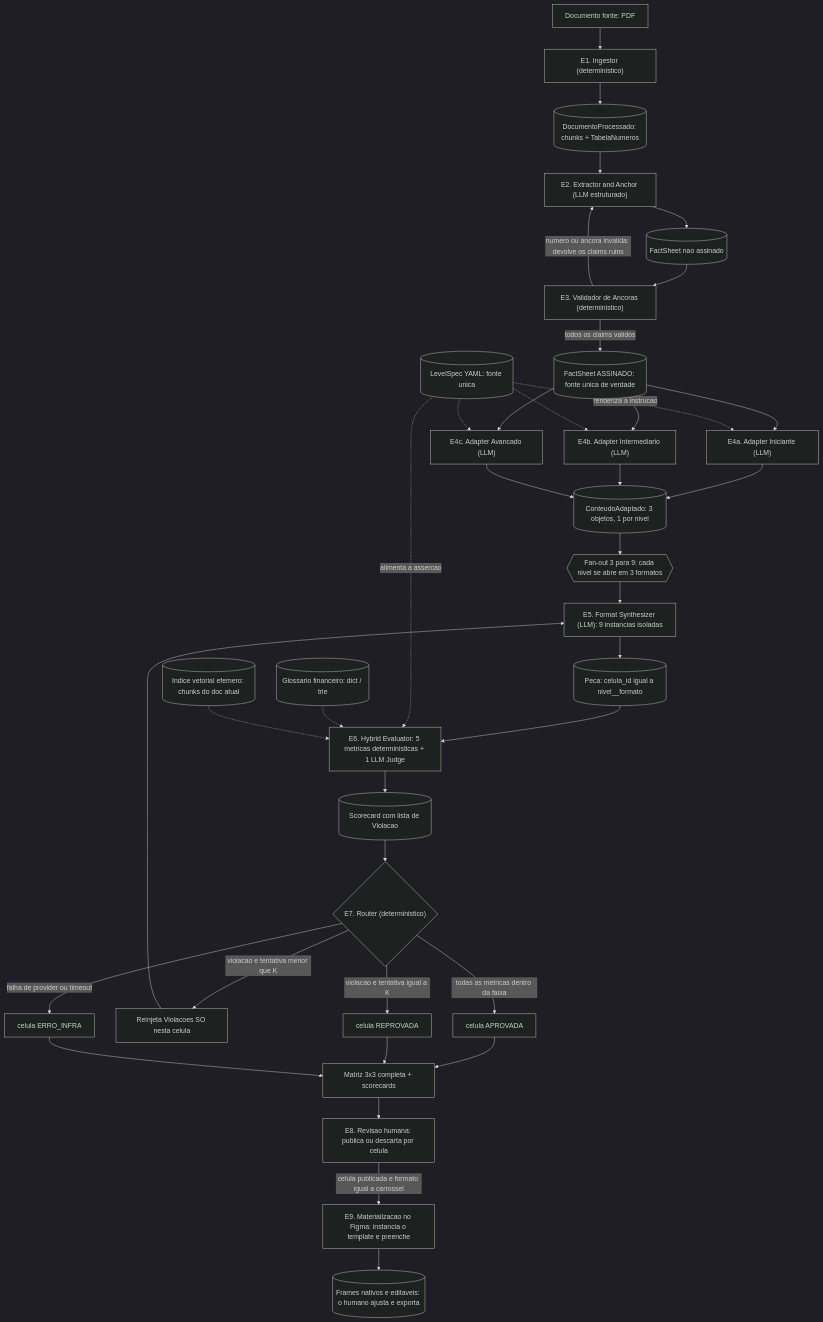
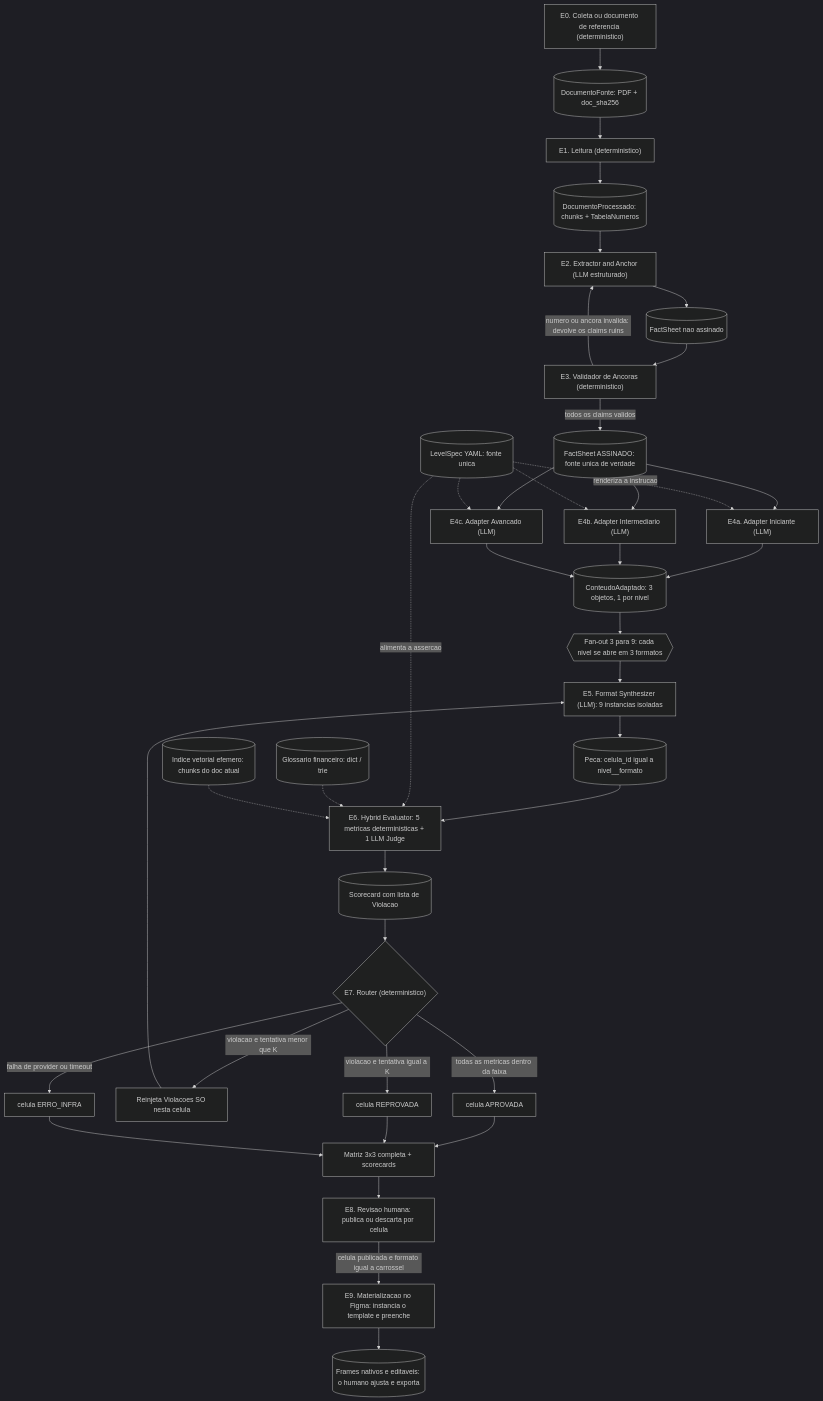
Before and after one commit to lcordeirokopke/financAI: the first of 3 diagrams in docs/arquiteturas.md, drawn with Mermaid (dark theme). The commit also changed other lines of this file and 15 other files, not shown here.

````diff
--- a/docs/arquiteturas.md
+++ b/docs/arquiteturas.md
@@ -216,45 +230,46 @@
 ```mermaid
 flowchart TD
-    DOC["Documento fonte: PDF"] --> ING["E1. Ingestor (deterministico)"]
+    COL["E0. Coleta ou documento de referencia (deterministico)"] --> DOC[("DocumentoFonte: PDF + doc_sha256")]
+    DOC --> ING["E1. Leitura (deterministico)"]
     ING --> DP[("DocumentoProcessado: chunks + TabelaNumeros")]
     DP --> EXT["E2. Extractor and Anchor (LLM estruturado)"]
     EXT --> FSD[("FactSheet nao assinado")]
     FSD --> VAL["E3. Validador de Ancoras (deterministico)"]
     VAL -->|"numero ou ancora invalida: devolve os claims ruins"| EXT
     VAL -->|"todos os claims validos"| FS[("FactSheet ASSINADO: fonte unica de verdade")]
 
     FS --> AD1["E4a. Adapter Iniciante (LLM)"]
     FS --> AD2["E4b. Adapter Intermediario (LLM)"]
     FS --> AD3["E4c. Adapter Avancado (LLM)"]
 
     AD1 --> CA[("ConteudoAdaptado: 3 objetos, 1 por nivel")]
     AD2 --> CA
     AD3 --> CA
 
     CA --> FAN{{"Fan-out 3 para 9: cada nivel se abre em 3 formatos"}}
     FAN --> SY["E5. Format Synthesizer (LLM): 9 instancias isoladas"]
     SY --> PECA[("Peca: celula_id igual a nivel__formato")]
     PECA --> EV["E6. Hybrid Evaluator: 5 metricas deterministicas + 1 LLM Judge"]
     EV --> SC[("Scorecard com lista de Violacao")]
 
     SC --> ROUTE{"E7. Router (deterministico)"}
     ROUTE -->|"todas as metricas dentro da faixa"| OK["celula APROVADA"]
     ROUTE -->|"violacao e tentativa menor que K"| RETRY["Reinjeta Violacoes SO nesta celula"]
     RETRY --> SY
     ROUTE -->|"violacao e tentativa igual a K"| REP["celula REPROVADA"]
     ROUTE -->|"falha de provider ou timeout"| ERR["celula ERRO_INFRA"]
 
     OK --> MTX["Matriz 3x3 completa + scorecards"]
     REP --> MTX
     ERR --> MTX
     MTX --> HUM["E8. Revisao humana: publica ou descarta por celula"]
     HUM -->|"celula publicada e formato igual a carrossel"| FIG["E9. Materializacao no Figma: instancia o template e preenche"]
     FIG --> FR[("Frames nativos e editaveis: o humano ajusta e exporta")]
 
     LS[("LevelSpec YAML: fonte unica")] -.->|"renderiza a instrucao"| AD1
     LS -.-> AD2
     LS -.-> AD3
     LS -.->|"alimenta a assercao"| EV
     GL[("Glossario financeiro: dict / trie")] -.-> EV
     VDB[("Indice vetorial efemero: chunks do doc atual")] -.-> EV
 ```
````
